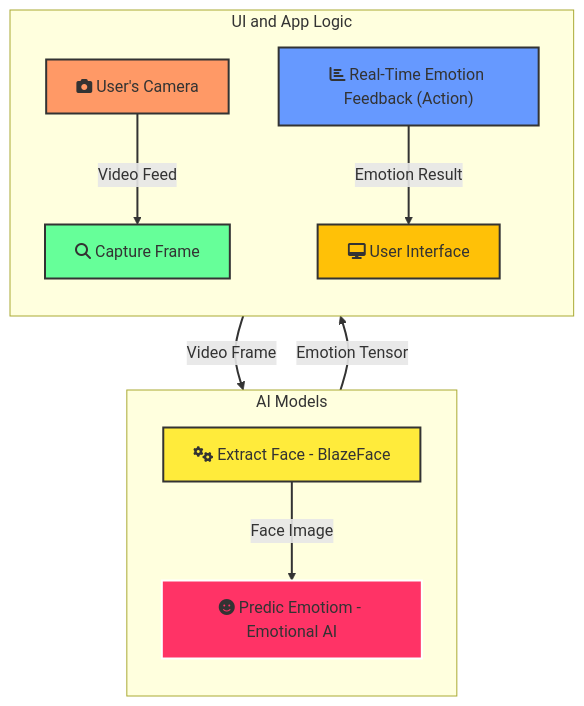
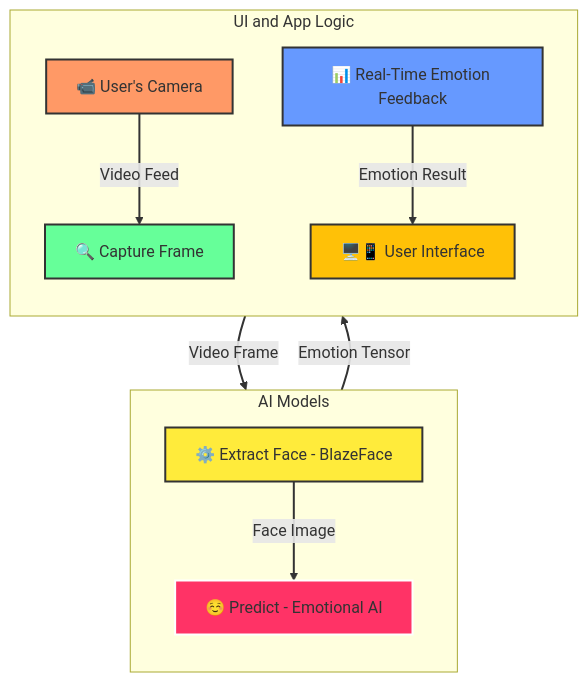
One commit to shadji/emotionalanalysis changed the diagram in README.md. Above: the diagram before and after it, drawn with Mermaid.

````diff
--- a/README.md
+++ b/README.md
@@ -6,35 +6,35 @@
 ```mermaid
 graph TB
     %% Define Subgraphs (User I/O, APP Logic, and AI Processing)
 
     %% AI System Subgraph (Data Processing)
     subgraph AI_System [AI Models]
         direction TB
-        C["<i class='fa fa-cogs'></i> Extract Face - BlazeFace"]
-        D["<i class='fa fa-smile'></i> Predic Emotiom - Emotional AI"]
+        C["⚙️ Extract Face - BlazeFace"]
+        D["☺️ Predict - Emotional AI"]
     end
     %% User Input/Output Subgraph (Capturing Video and Showing Results)
     subgraph User_IO [UI and App Logic]
         direction TB
-        A["<i class='fa fa-camera'></i> User's Camera"]
-        B["<i class='fa fa-search'></i> Capture Frame"]
-        E["<i class='fa fa-bar-chart'></i> Real-Time Emotion Feedback (Action)"]
-        F["<i class='fa fa-desktop'></i> User Interface"]
+        A["📹 User's Camera"]
+        B["🔍 Capture Frame"]
+        E["📊 Real-Time Emotion Feedback"]
+        F["🖥️📱 User Interface"]
     end
 
 
 
     %% Define Flow Between Subgraphs
     A -->|Video Feed| B -->|Video Frame| C -->|Face Image| D -->|Emotion Tensor| E -->|Emotion Result| F
 
     %% Style and Node Coloring
     style A fill:#f96,stroke:#333,stroke-width:2px
     style F fill:#ffc107,stroke:#333,stroke-width:2px
     style B fill:#6f9,stroke:#333,stroke-width:2px
     style E fill:#69f,stroke:#333,stroke-width:2px
     style C fill:#ffeb3b,stroke:#333,stroke-width:2px
     style D fill:#f36,stroke:#fff,stroke-width:2px
 
     %% Arrow styling for consistency
     linkStyle default stroke:#333,stroke-width:2px,fill:none
 ```
````
